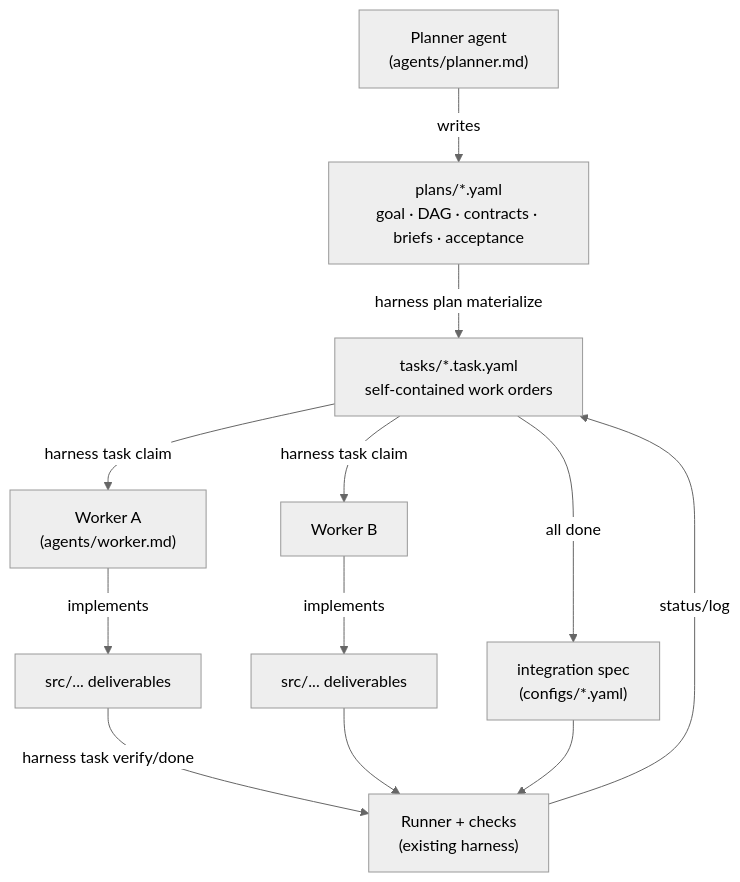
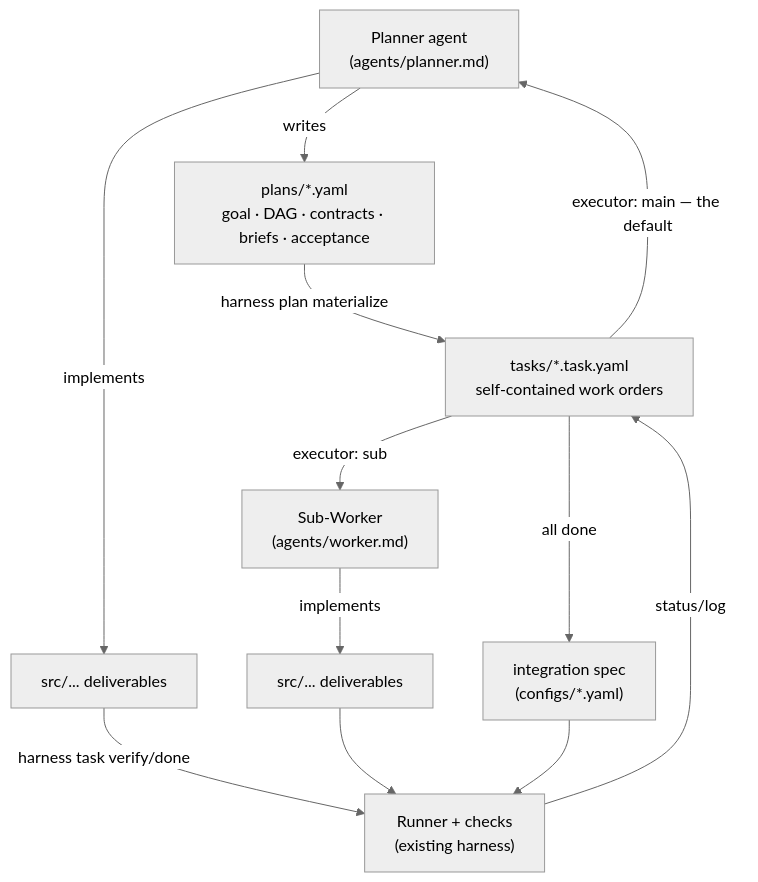
One commit to teasol/harness-template changed the first of 2 diagrams in docs/orchestration.md. Above: the diagram before and after it, drawn with Mermaid (neutral theme). The commit also changed other lines of this file and 19 other files, not shown here.

````diff
--- a/docs/orchestration.md
+++ b/docs/orchestration.md
@@ -19,14 +21,14 @@
 ```mermaid
 flowchart TD
     P["Planner agent<br/>(agents/planner.md)"] -->|"writes"| PL["plans/*.yaml<br/>goal · DAG · contracts · briefs · acceptance"]
     PL -->|"harness plan materialize"| T["tasks/*.task.yaml<br/>self-contained work orders"]
-    T -->|"harness task claim"| W1["Worker A<br/>(agents/worker.md)"]
-    T -->|"harness task claim"| W2["Worker B"]
-    W1 -->|"implements"| S1["src/... deliverables"]
-    W2 -->|"implements"| S2["src/... deliverables"]
+    T -->|"executor: main — the default"| P
+    T -->|"executor: sub"| W1["Sub-Worker<br/>(agents/worker.md)"]
+    P -->|"implements"| S1["src/... deliverables"]
+    W1 -->|"implements"| S2["src/... deliverables"]
     S1 -->|"harness task verify/done"| H["Runner + checks<br/>(existing harness)"]
     S2 --> H
     H -->|"status/log"| T
     T -->|"all done"| I["integration spec<br/>(configs/*.yaml)"]
     I --> H
 ```
````
